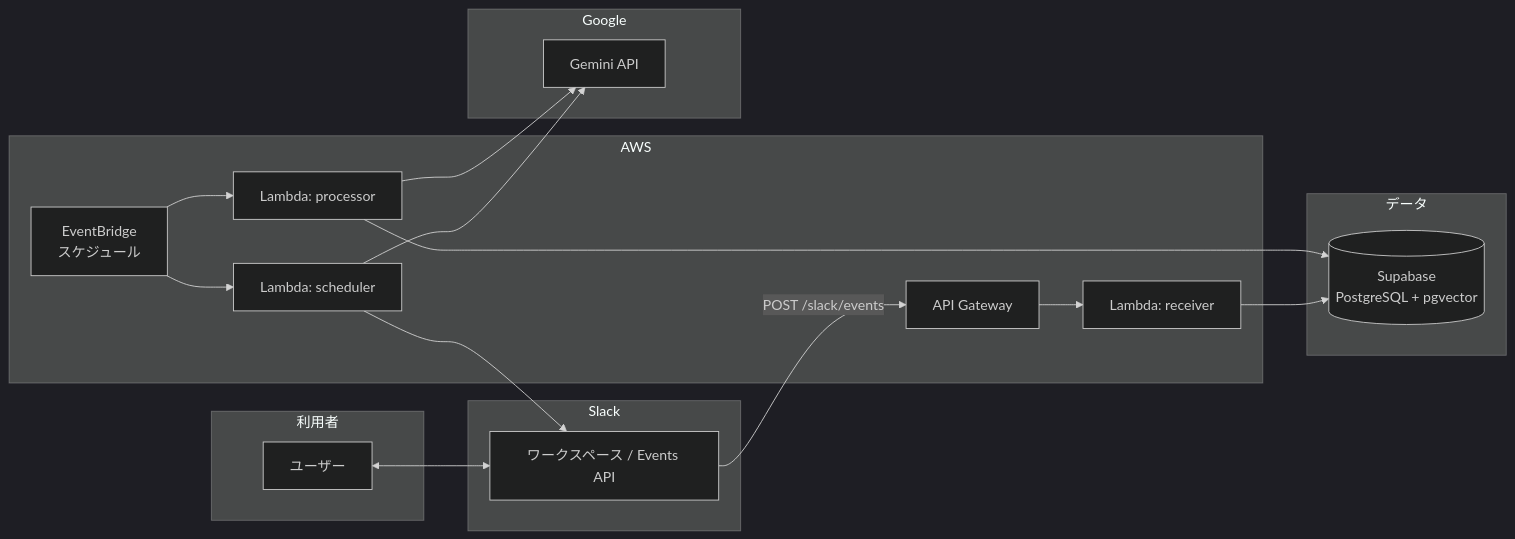
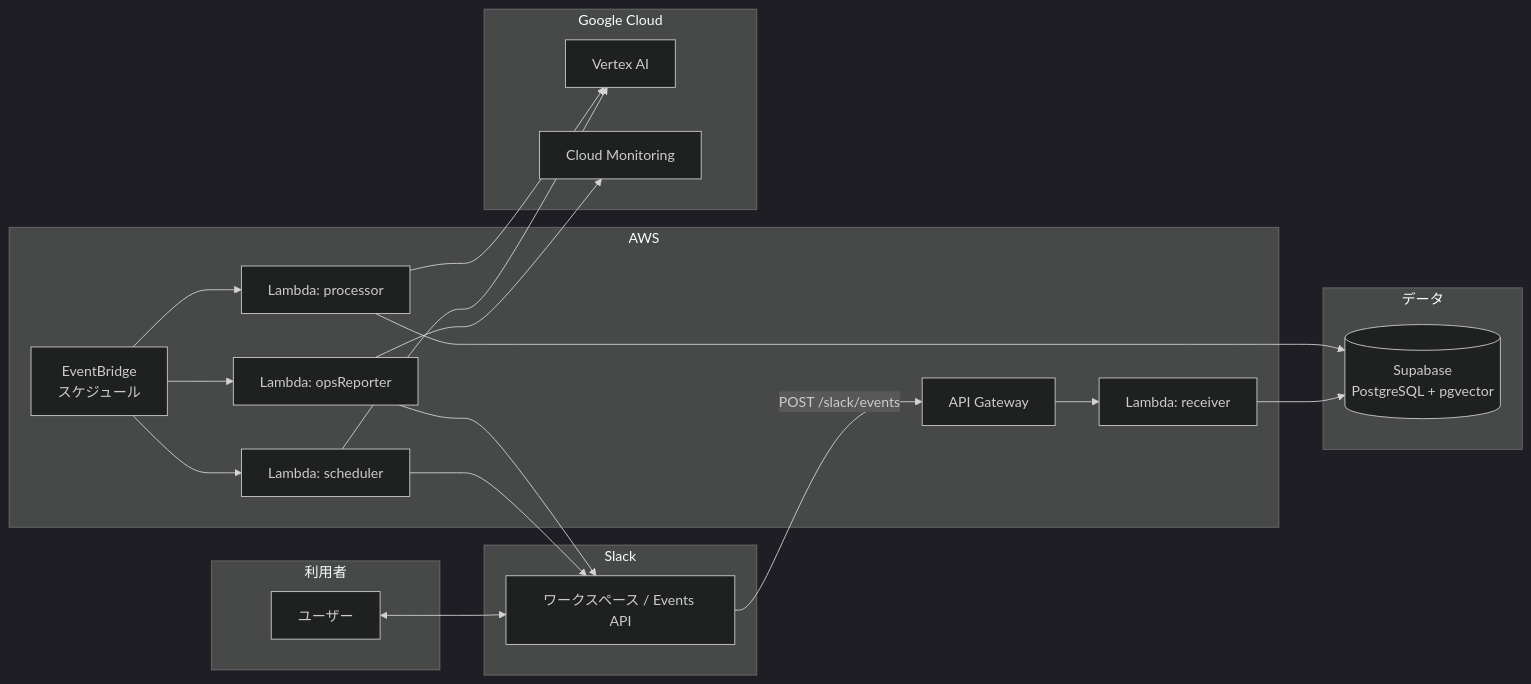
One commit to YoshimuraKoei/koei-clone changed the first of 10 diagrams in ARCHITECTURE.md. Above: the diagram before and after it, drawn with Mermaid (dark theme). The commit also changed other lines of this file and 12 other files, not shown here.

Commit message:
[add] Vertex AI に変更 & Cloud Monitoring を追加

````diff
--- a/ARCHITECTURE.md
+++ b/ARCHITECTURE.md
@@ -7,36 +7,41 @@
 ```mermaid
 flowchart LR
   subgraph users["利用者"]
     U[ユーザー]
   end
 
   subgraph slack["Slack"]
     S[ワークスペース / Events API]
   end
 
   subgraph aws["AWS"]
     APIGW[API Gateway]
     EB[EventBridge<br/>スケジュール]
     R[Lambda: receiver]
     SCH[Lambda: scheduler]
     PRO[Lambda: processor]
+    OPR[Lambda: opsReporter]
   end
 
-  subgraph google["Google"]
-    G[Gemini API]
+  subgraph google["Google Cloud"]
+    V[Vertex AI]
+    M[Cloud Monitoring]
   end
 
   subgraph data["データ"]
     SB[(Supabase<br/>PostgreSQL + pgvector)]
   end
 
   U <--> S
   S -->|POST /slack/events| APIGW --> R
   EB --> SCH
   EB --> PRO
+  EB --> OPR
   R --> SB
   SCH --> S
-  SCH --> G
+  SCH --> V
   PRO --> SB
-  PRO --> G
+  PRO --> V
+  OPR --> M
+  OPR --> S
 ```
````
